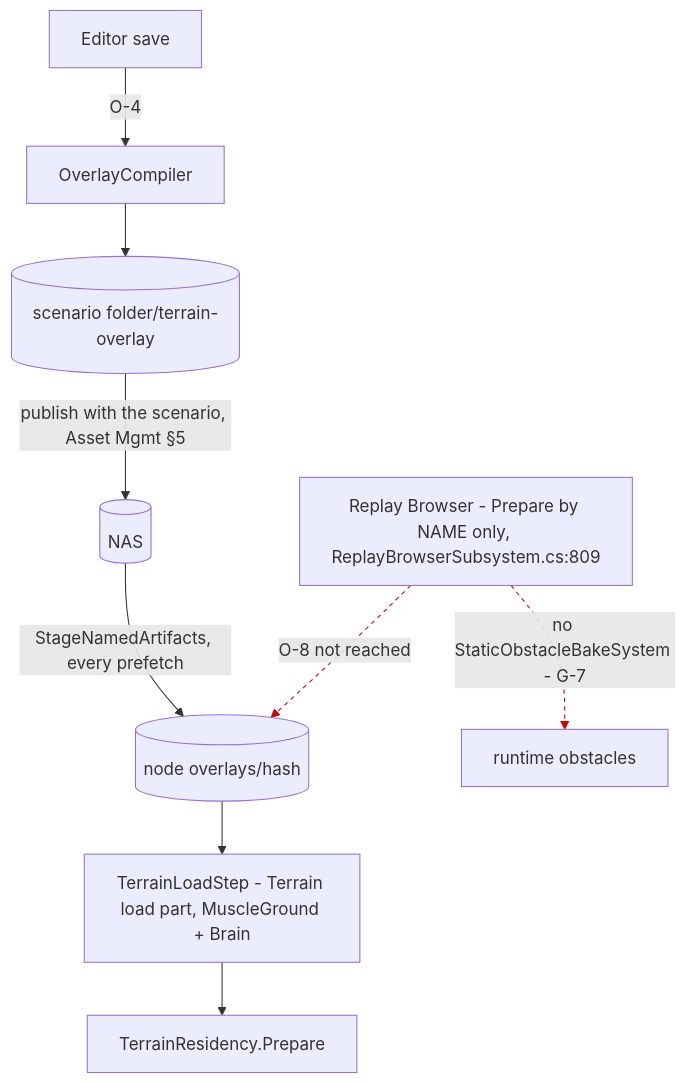
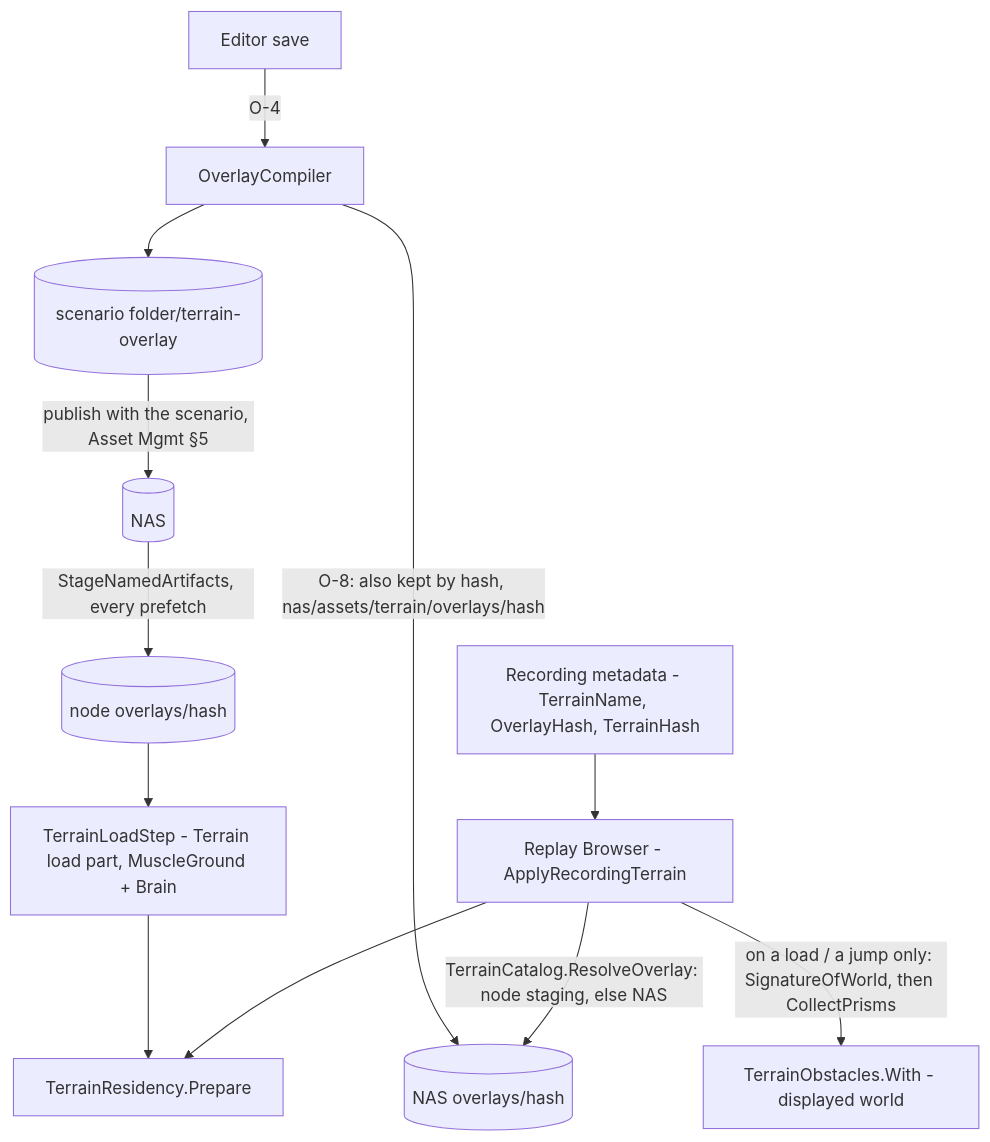
Diagram 15 of 16 in docs/DESIGN_Terrain_Authoring.md (pjanec/HROT), drawn with Mermaid before and after one commit. The commit also changed other lines of this file and 13 other files, not shown here.

First line of the commit message:
O-8 (CE-4420): the Replay Browser loads a recording's terrain overlay by hash and bakes its obstacles

````diff
--- a/docs/DESIGN_Terrain_Authoring.md
+++ b/docs/DESIGN_Terrain_Authoring.md
@@ -685,13 +686,14 @@
 ```mermaid
 graph TD
   ED[Editor save] -->|O-4| OC[OverlayCompiler]
   OC --> FS[(scenario folder/terrain-overlay)]
   FS -->|publish with the scenario, Asset Mgmt §5| NAS[(NAS)]
   NAS -->|StageNamedArtifacts, every prefetch| ND[(node overlays/hash)]
   ND --> TLS[TerrainLoadStep - Terrain load part, MuscleGround + Brain]
   TLS --> RES[TerrainResidency.Prepare]
-  RB[Replay Browser - Prepare by NAME only, ReplayBrowserSubsystem.cs:809] -.->|O-8 not reached| ND
-  RB -.->|no StaticObstacleBakeSystem - G-7| OBS[runtime obstacles]
-  linkStyle 6 stroke:#c00,stroke-dasharray:4
-  linkStyle 7 stroke:#c00,stroke-dasharray:4
+  OC -->|O-8: also kept by hash, nas/assets/terrain/overlays/hash| NASO[(NAS overlays/hash)]
+  REC[Recording metadata - TerrainName, OverlayHash, TerrainHash] --> RB[Replay Browser - ApplyRecordingTerrain]
+  RB -->|TerrainCatalog.ResolveOverlay: node staging, else NAS| NASO
+  RB --> RES
+  RB -->|on a load / a jump only: SignatureOfWorld, then CollectPrisms| OBS[TerrainObstacles.With - displayed world]
 ```
````
